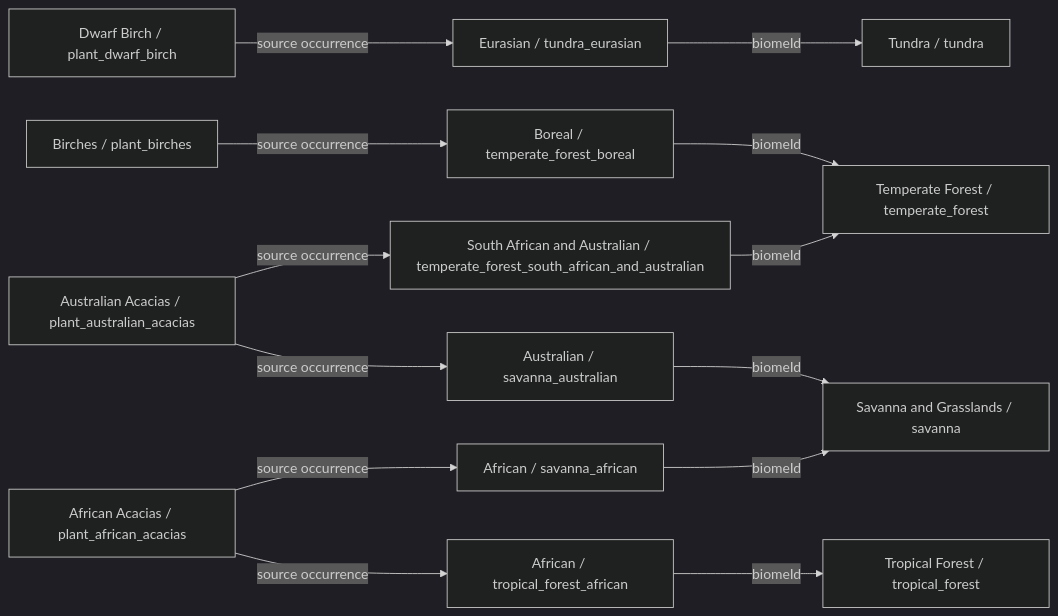
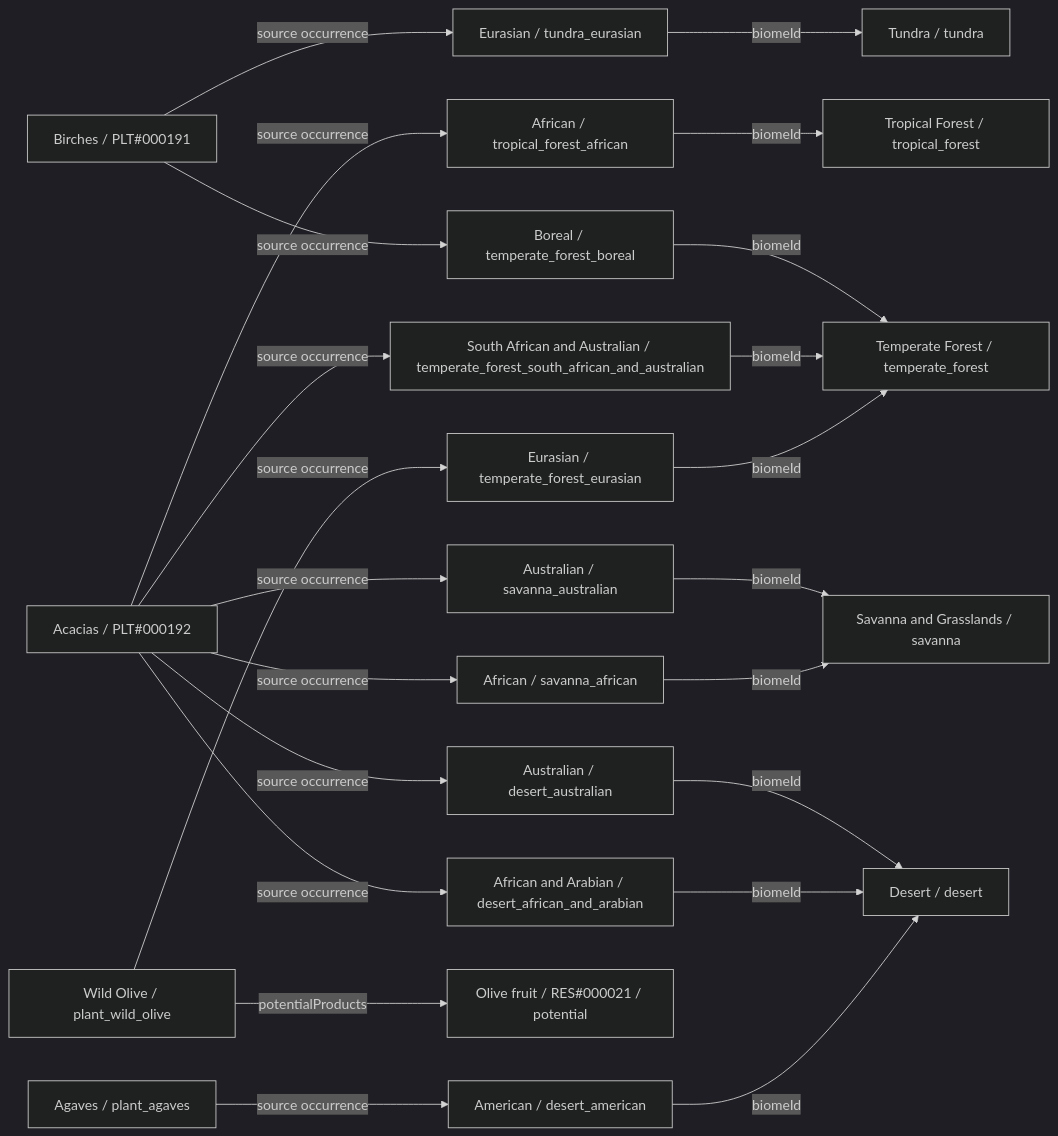
One commit to fgabo404/EvolveDoc changed the first of 34 diagrams in data/plants/DIAGRAMS.md. Above: the diagram before and after it, drawn with Mermaid (dark theme). The commit also changed other lines of this file and 59 other files, not shown here.

````diff
--- a/data/plants/DIAGRAMS.md
+++ b/data/plants/DIAGRAMS.md
@@ -149,29 +129,44 @@
 ```mermaid
 flowchart LR
-    c0["Dwarf Birch / plant_dwarf_birch"]
+    c0["Birches / PLT#000191"]
+    v7["Boreal / temperate_forest_boreal"]
+    b1["Temperate Forest / temperate_forest"]
     v9["Eurasian / tundra_eurasian"]
     b2["Tundra / tundra"]
-    c1["Birches / plant_birches"]
-    v7["Boreal / temperate_forest_boreal"]
-    b1["Temperate Forest / temperate_forest"]
-    c2["African Acacias / plant_african_acacias"]
+    c1["Acacias / PLT#000192"]
     v1["African / tropical_forest_african"]
     b0["Tropical Forest / tropical_forest"]
+    v6["South African and Australian / temperate_forest_south_african_and_australian"]
     v11["African / savanna_african"]
     b3["Savanna and Grasslands / savanna"]
-    c3["Australian Acacias / plant_australian_acacias"]
-    v6["South African and Australian / temperate_forest_south_african_and_australian"]
     v14["Australian / savanna_australian"]
+    v16["African and Arabian / desert_african_and_arabian"]
+    b4["Desert / desert"]
+    v18["Australian / desert_australian"]
+    c2["Wild Olive / plant_wild_olive"]
+    v4["Eurasian / temperate_forest_eurasian"]
+    o2_0["Olive fruit / RES#000021 / potential"]
+    c3["Agaves / plant_agaves"]
+    v15["American / desert_american"]
+    c0 -->|source occurrence| v7
     c0 -->|source occurrence| v9
-    c1 -->|source occurrence| v7
-    c2 -->|source occurrence| v1
-    c2 -->|source occurrence| v11
-    c3 -->|source occurrence| v14
-    c3 -->|source occurrence| v6
+    c1 -->|source occurrence| v1
+    c1 -->|source occurrence| v11
+    c1 -->|source occurrence| v14
+    c1 -->|source occurrence| v16
+    c1 -->|source occurrence| v18
+    c1 -->|source occurrence| v6
+    c2 -->|potentialProducts| o2_0
+    c2 -->|source occurrence| v4
+    c3 -->|source occurrence| v15
     v1 -->|biomeId| b0
     v11 -->|biomeId| b3
     v14 -->|biomeId| b3
+    v15 -->|biomeId| b4
+    v16 -->|biomeId| b4
+    v18 -->|biomeId| b4
+    v4 -->|biomeId| b1
     v6 -->|biomeId| b1
     v7 -->|biomeId| b1
     v9 -->|biomeId| b2
 ```
````
